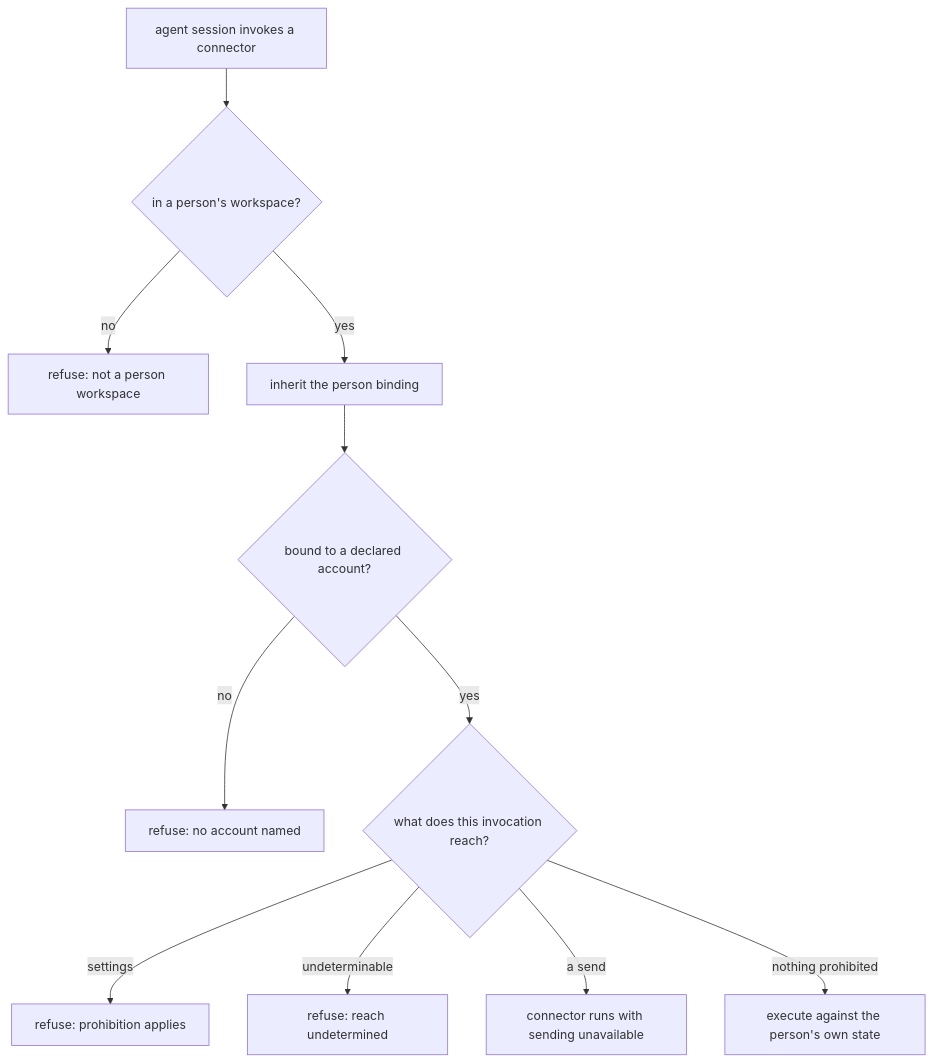
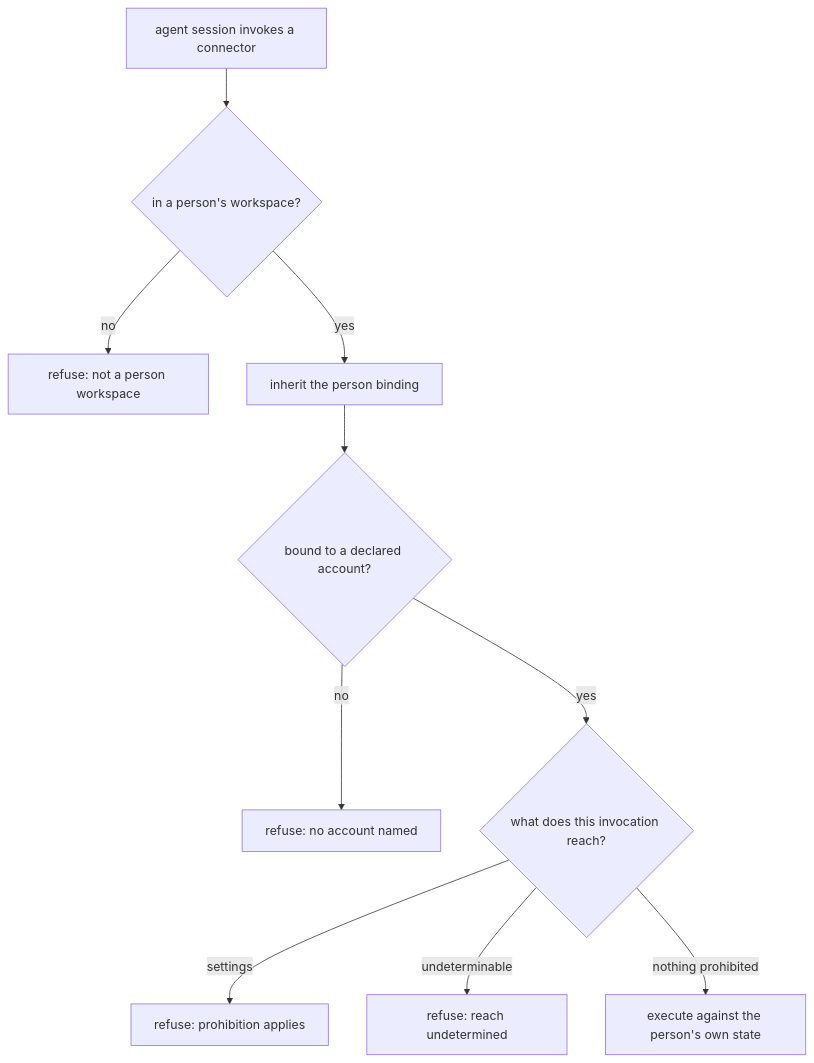
One commit to InstruktAI/TeleClaude changed the diagram in docs/project/design/architecture/assistant-connector-boundary.md. Above: the diagram before and after it, drawn with Mermaid. The commit also changed other lines of this file, not shown here.

First line of the commit message:
docs(architecture): the boundary makes no decision about sending

````diff
--- a/docs/project/design/architecture/assistant-connector-boundary.md
+++ b/docs/project/design/architecture/assistant-connector-boundary.md
@@ -149,13 +147,12 @@
 ```mermaid
 flowchart TD
     A[agent session invokes a connector] --> B{in a person's workspace?}
     B -- no --> R0[refuse: not a person workspace]
     B -- yes --> C[inherit the person binding]
     C --> D{bound to a declared account?}
     D -- no --> R1[refuse: no account named]
     D -- yes --> E{what does this invocation reach?}
     E -- settings --> R2[refuse: prohibition applies]
     E -- undeterminable --> R3[refuse: reach undetermined]
-    E -- a send --> R4[connector runs with sending unavailable]
     E -- nothing prohibited --> G[execute against the person's own state]
 ```
````
